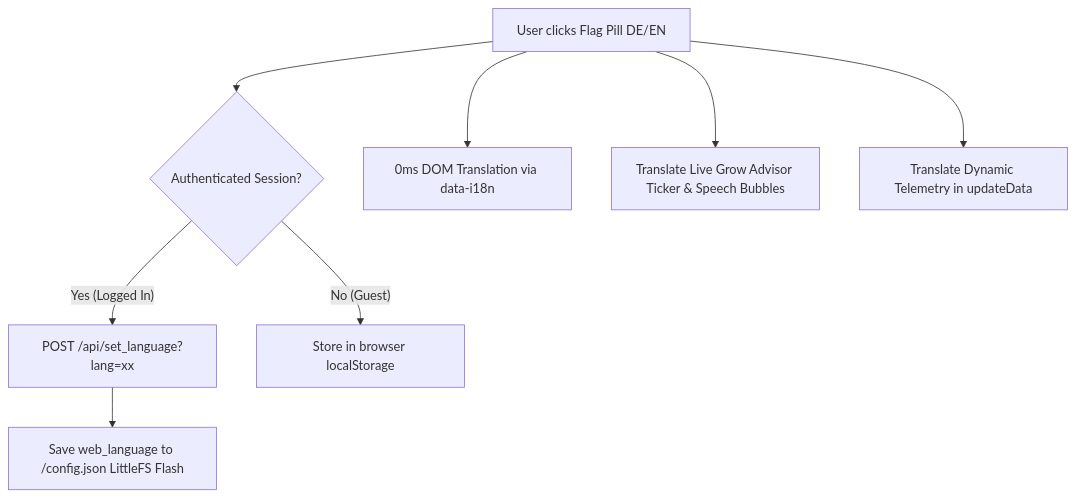
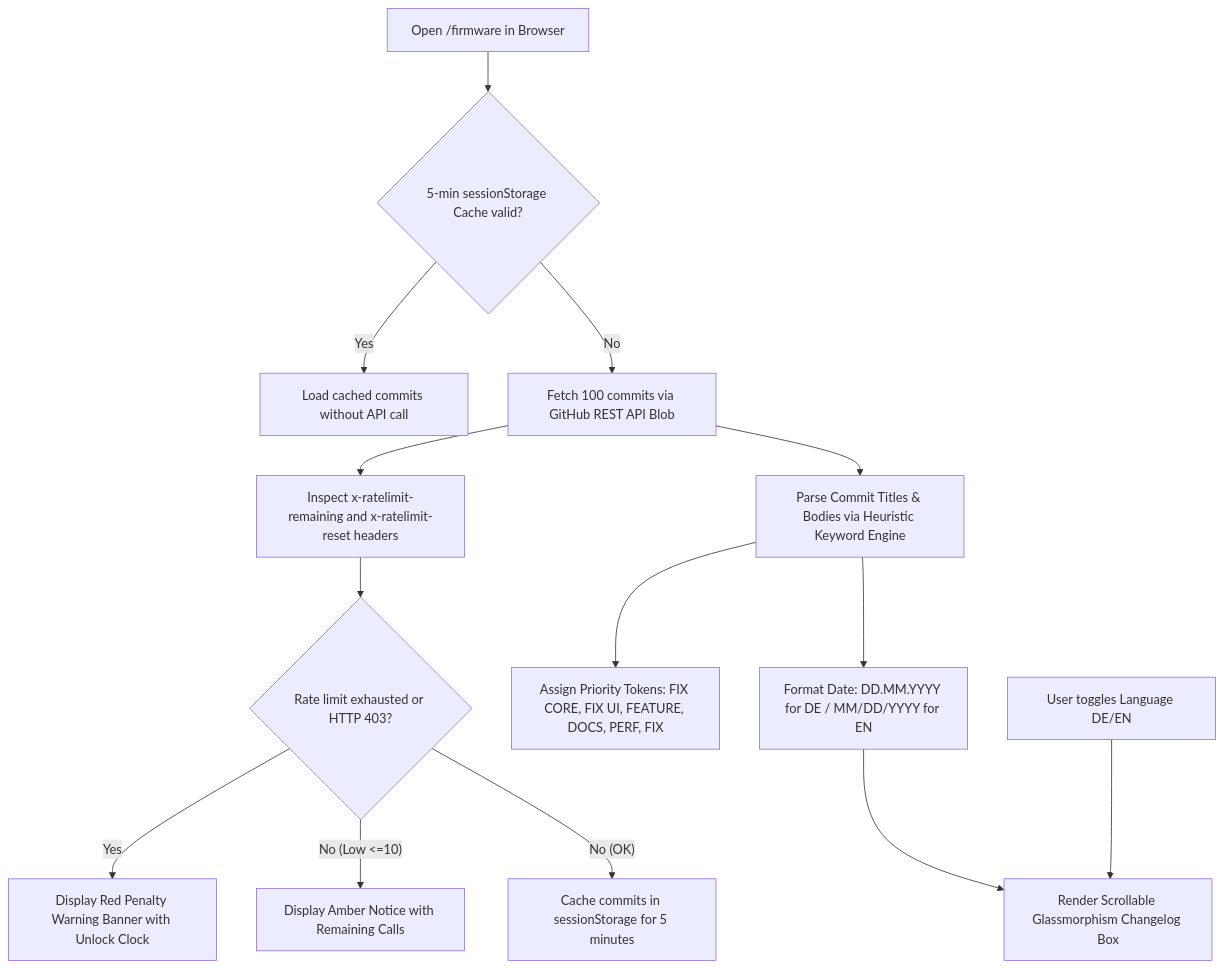
The diagram in implementation_plan.md (VR-addicted/iDry), drawn with Mermaid before and after one commit. The commit also changed other lines of this file and 6 other files, not shown here.

````diff
--- a/implementation_plan.md
+++ b/implementation_plan.md
@@ -9,10 +9,16 @@
 ```mermaid
 flowchart TD
-    A[User clicks Flag Pill DE/EN] --> B{Authenticated Session?}
-    B -- Yes (Logged In) --> C[POST /api/set_language?lang=xx]
-    C --> D[Save web_language to /config.json LittleFS Flash]
-    B -- No (Guest) --> E[Store in browser localStorage]
-    A --> F[0ms DOM Translation via data-i18n]
-    A --> G[Translate Live Grow Advisor Ticker & Speech Bubbles]
-    A --> H[Translate Dynamic Telemetry in updateData]
+    A[Open /firmware in Browser] --> B{5-min sessionStorage Cache valid?}
+    B -- Yes --> C[Load cached commits without API call]
+    B -- No --> D[Fetch 100 commits via GitHub REST API Blob]
+    D --> E[Inspect x-ratelimit-remaining and x-ratelimit-reset headers]
+    E --> F{Rate limit exhausted or HTTP 403?}
+    F -- Yes --> G[Display Red Penalty Warning Banner with Unlock Clock]
+    F -- No (Low <=10) --> H[Display Amber Notice with Remaining Calls]
+    F -- No (OK) --> I[Cache commits in sessionStorage for 5 minutes]
+    D --> J[Parse Commit Titles & Bodies via Heuristic Keyword Engine]
+    J --> K[Assign Priority Tokens: FIX CORE, FIX UI, FEATURE, DOCS, PERF, FIX]
+    J --> L[Format Date: DD.MM.YYYY for DE / MM/DD/YYYY for EN]
+    L --> M[Render Scrollable Glassmorphism Changelog Box]
+    N[User toggles Language DE/EN] --> M
 ```
````
